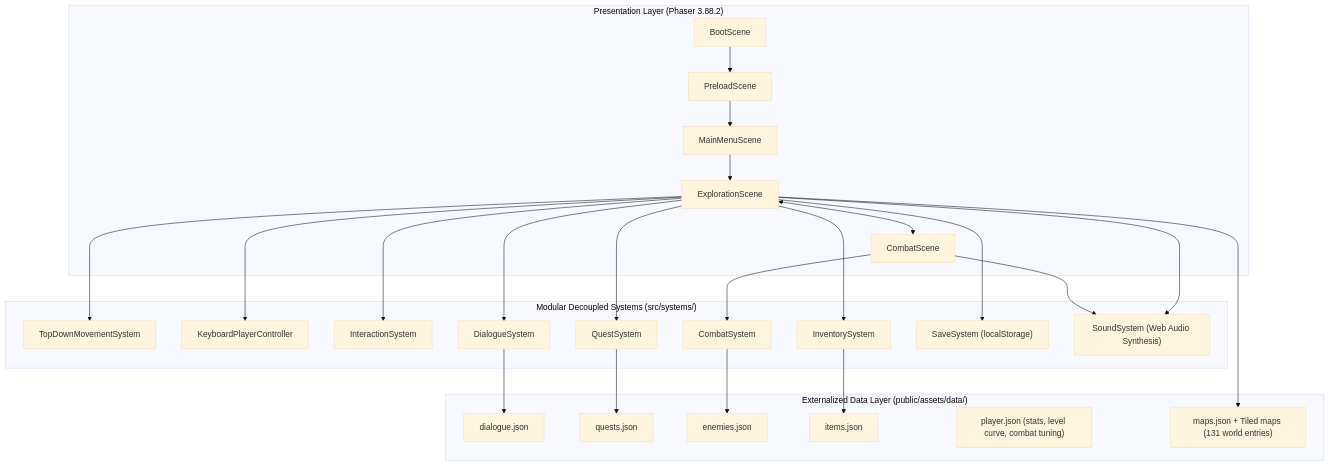
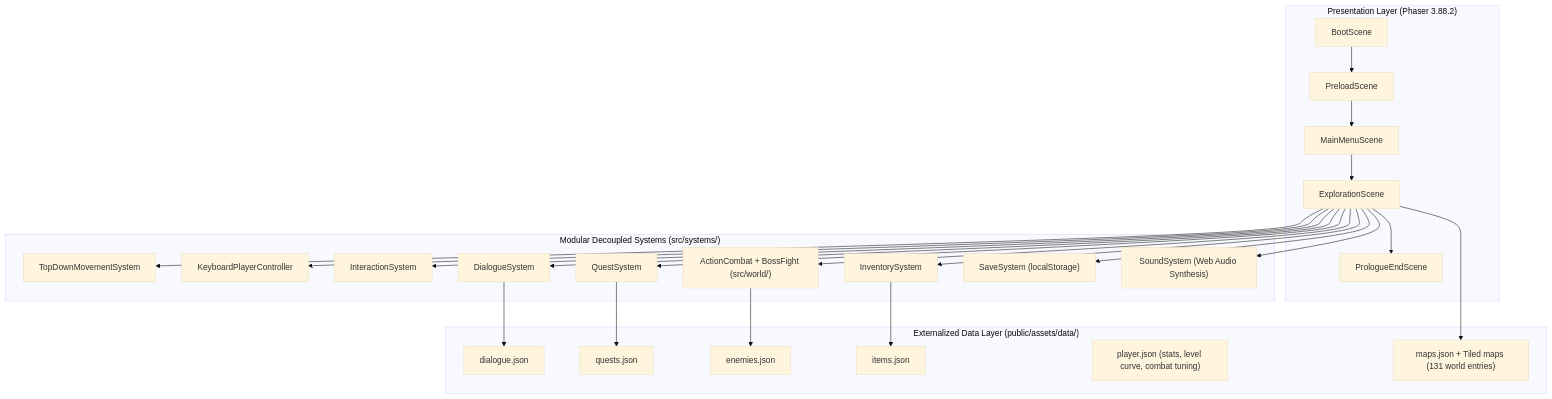
One commit to VanDuc1610/Chrono changed the first of 2 diagrams in docs/PROJECT_CONTEXT.md. Above: the diagram before and after it, drawn with Mermaid (base theme). The commit also changed other lines of this file and 29 other files, not shown here.

First line of the commit message:
refactor: remove the turn-based battle scene (owner: every fight is on the map)

````diff
--- a/docs/PROJECT_CONTEXT.md
+++ b/docs/PROJECT_CONTEXT.md
@@ -46,47 +46,46 @@
 ```mermaid
 flowchart TD
     subgraph Presentation ["Presentation Layer (Phaser 3.88.2)"]
         BootScene --> PreloadScene
         PreloadScene --> MainMenuScene
         MainMenuScene --> ExplorationScene
-        ExplorationScene <--> CombatScene
+        ExplorationScene --> PrologueEndScene
     end
 
     subgraph Systems ["Modular Decoupled Systems (src/systems/)"]
         Movement["TopDownMovementSystem"]
         Input["KeyboardPlayerController"]
         Interaction["InteractionSystem"]
         Dialogue["DialogueSystem"]
         Quest["QuestSystem"]
-        Combat["CombatSystem"]
+        Combat["ActionCombat + BossFight (src/world/)"]
         Inventory["InventorySystem"]
         Save["SaveSystem (localStorage)"]
         Audio["SoundSystem (Web Audio Synthesis)"]
     end
 
     subgraph Data ["Externalized Data Layer (public/assets/data/)"]
         D_Dialogue["dialogue.json"]
         D_Quests["quests.json"]
         D_Enemies["enemies.json"]
         D_Items["items.json"]
         D_Player["player.json (stats, level curve, combat tuning)"]
         D_Map["maps.json + Tiled maps (131 world entries)"]
     end
 
     ExplorationScene --> Movement
     ExplorationScene --> Input
     ExplorationScene --> Interaction
     ExplorationScene --> Dialogue
     ExplorationScene --> Quest
     ExplorationScene --> Inventory
     ExplorationScene --> Save
     ExplorationScene --> Audio
-    CombatScene --> Combat
-    CombatScene --> Audio
+    ExplorationScene --> Combat
 
     Dialogue --> D_Dialogue
     Quest --> D_Quests
     Combat --> D_Enemies
     Inventory --> D_Items
     ExplorationScene --> D_Map
 ```
````
